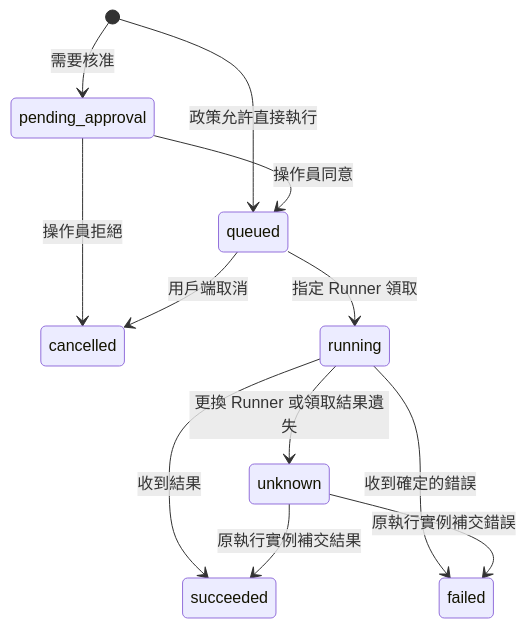
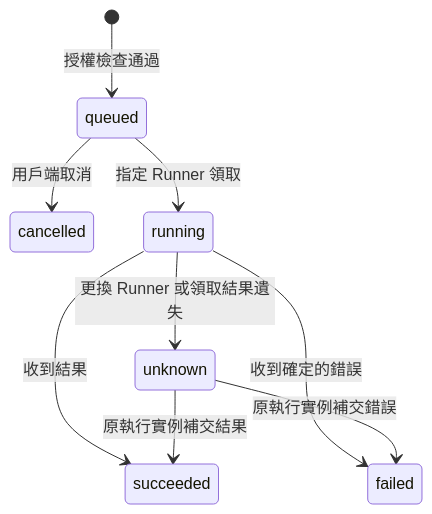
The diagram in docs/ARCHITECTURE.md (susuky/webcodex-harness), drawn with Mermaid before and after one commit. The commit also changed other lines of this file and 32 other files, not shown here.

````diff
--- a/docs/ARCHITECTURE.md
+++ b/docs/ARCHITECTURE.md
@@ -29,14 +29,11 @@
 ```mermaid
 stateDiagram-v2
-  [*] --> pending_approval: 需要核准
-  [*] --> queued: 政策允許直接執行
-  pending_approval --> queued: 操作員同意
-  pending_approval --> cancelled: 操作員拒絕
+  [*] --> queued: 授權檢查通過
   queued --> cancelled: 用戶端取消
   queued --> running: 指定 Runner 領取
   running --> succeeded: 收到結果
   running --> failed: 收到確定的錯誤
   running --> unknown: 更換 Runner 或領取結果遺失
   unknown --> succeeded: 原執行實例補交結果
   unknown --> failed: 原執行實例補交錯誤
 ```
````
